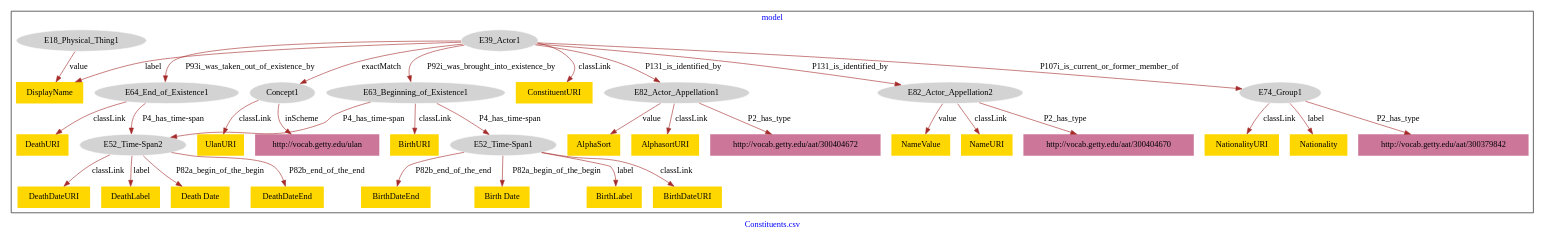
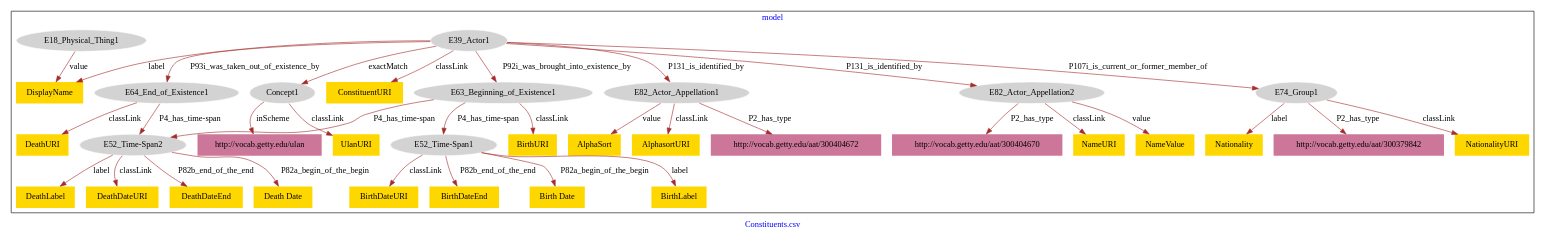
Before and after one commit to american-art/GM: the diagram in Constituents_institutions/Constituents_institutions-model.dot, drawn with Graphviz.

Commit message:
Update file Constituents_institutions-model.dot

```diff
--- a/Constituents_institutions/Constituents_institutions-model.dot
+++ b/Constituents_institutions/Constituents_institutions-model.dot
@@ -1,74 +1,74 @@
 digraph n0 {
 fontcolor="blue"
 remincross="true"
 label="Constituents.csv"
 subgraph cluster {
 label="model"
-n2[style="filled",color="white",fillcolor="lightgray",label="E82_Actor_Appellation1"];
-n3[shape="plaintext",style="filled",fillcolor="#CC7799",label="http://vocab.getty.edu/aat/300404672"];
-n4[style="filled",color="white",fillcolor="lightgray",label="E39_Actor1"];
-n5[style="filled",color="white",fillcolor="lightgray",label="E64_End_of_Existence1"];
-n6[style="filled",color="white",fillcolor="lightgray",label="E52_Time-Span1"];
-n7[shape="plaintext",style="filled",fillcolor="gold",label="BirthDateEnd"];
-n8[shape="plaintext",style="filled",fillcolor="gold",label="Birth Date"];
-n9[style="filled",color="white",fillcolor="lightgray",label="E52_Time-Span2"];
-n10[shape="plaintext",style="filled",fillcolor="gold",label="DeathDateURI"];
-n11[style="filled",color="white",fillcolor="lightgray",label="E82_Actor_Appellation2"];
-n12[shape="plaintext",style="filled",fillcolor="gold",label="DeathURI"];
-n13[shape="plaintext",style="filled",fillcolor="gold",label="DeathLabel"];
-n14[style="filled",color="white",fillcolor="lightgray",label="E74_Group1"];
-n15[shape="plaintext",style="filled",fillcolor="#CC7799",label="http://vocab.getty.edu/aat/300379842"];
-n16[shape="plaintext",style="filled",fillcolor="gold",label="NationalityURI"];
-n17[shape="plaintext",style="filled",fillcolor="gold",label="AlphaSort"];
-n18[shape="plaintext",style="filled",fillcolor="gold",label="Nationality"];
-n19[shape="plaintext",style="filled",fillcolor="gold",label="BirthLabel"];
+n2[style="filled",color="white",fillcolor="lightgray",label="E63_Beginning_of_Existence1"];
+n3[shape="plaintext",style="filled",fillcolor="gold",label="BirthURI"];
+n4[style="filled",color="white",fillcolor="lightgray",label="E82_Actor_Appellation1"];
+n5[shape="plaintext",style="filled",fillcolor="#CC7799",label="http://vocab.getty.edu/aat/300404672"];
+n6[style="filled",color="white",fillcolor="lightgray",label="E39_Actor1"];
+n7[style="filled",color="white",fillcolor="lightgray",label="E64_End_of_Existence1"];
+n8[style="filled",color="white",fillcolor="lightgray",label="E82_Actor_Appellation2"];
+n9[shape="plaintext",style="filled",fillcolor="gold",label="NameValue"];
+n10[shape="plaintext",style="filled",fillcolor="gold",label="AlphaSort"];
+n11[style="filled",color="white",fillcolor="lightgray",label="E74_Group1"];
+n12[shape="plaintext",style="filled",fillcolor="gold",label="NationalityURI"];
+n13[style="filled",color="white",fillcolor="lightgray",label="E52_Time-Span2"];
+n14[shape="plaintext",style="filled",fillcolor="gold",label="DeathLabel"];
+n15[shape="plaintext",style="filled",fillcolor="gold",label="Nationality"];
+n16[shape="plaintext",style="filled",fillcolor="#CC7799",label="http://vocab.getty.edu/aat/300379842"];
+n17[style="filled",color="white",fillcolor="lightgray",label="E18_Physical_Thing1"];
+n18[shape="plaintext",style="filled",fillcolor="gold",label="DisplayName"];
+n19[shape="plaintext",style="filled",fillcolor="gold",label="DeathDateURI"];
 n20[style="filled",color="white",fillcolor="lightgray",label="Concept1"];
-n21[style="filled",color="white",fillcolor="lightgray",label="E63_Beginning_of_Existence1"];
-n22[shape="plaintext",style="filled",fillcolor="gold",label="DisplayName"];
+n21[style="filled",color="white",fillcolor="lightgray",label="E52_Time-Span1"];
+n22[shape="plaintext",style="filled",fillcolor="gold",label="BirthDateURI"];
 n23[shape="plaintext",style="filled",fillcolor="#CC7799",label="http://vocab.getty.edu/aat/300404670"];
-n24[shape="plaintext",style="filled",fillcolor="gold",label="Death Date"];
-n25[shape="plaintext",style="filled",fillcolor="gold",label="BirthDateURI"];
-n26[shape="plaintext",style="filled",fillcolor="gold",label="BirthURI"];
-n27[shape="plaintext",style="filled",fillcolor="gold",label="NameValue"];
-n28[style="filled",color="white",fillcolor="lightgray",label="E18_Physical_Thing1"];
-n29[shape="plaintext",style="filled",fillcolor="gold",label="ConstituentURI"];
-n30[shape="plaintext",style="filled",fillcolor="gold",label="AlphasortURI"];
-n31[shape="plaintext",style="filled",fillcolor="gold",label="UlanURI"];
-n32[shape="plaintext",style="filled",fillcolor="gold",label="DeathDateEnd"];
-n33[shape="plaintext",style="filled",fillcolor="#CC7799",label="http://vocab.getty.edu/ulan"];
-n34[shape="plaintext",style="filled",fillcolor="gold",label="NameURI"];
+n24[shape="plaintext",style="filled",fillcolor="gold",label="ConstituentURI"];
+n25[shape="plaintext",style="filled",fillcolor="gold",label="DeathDateEnd"];
+n26[shape="plaintext",style="filled",fillcolor="gold",label="DeathURI"];
+n27[shape="plaintext",style="filled",fillcolor="gold",label="NameURI"];
+n28[shape="plaintext",style="filled",fillcolor="gold",label="BirthDateEnd"];
+n29[shape="plaintext",style="filled",fillcolor="gold",label="AlphasortURI"];
+n30[shape="plaintext",style="filled",fillcolor="gold",label="Birth Date"];
+n31[shape="plaintext",style="filled",fillcolor="gold",label="BirthLabel"];
+n32[shape="plaintext",style="filled",fillcolor="#CC7799",label="http://vocab.getty.edu/ulan"];
+n33[shape="plaintext",style="filled",fillcolor="gold",label="Death Date"];
+n34[shape="plaintext",style="filled",fillcolor="gold",label="UlanURI"];
 }
-n2 -> n3[color="brown",fontcolor="black",label="P2_has_type"]
-n4 -> n5[color="brown",fontcolor="black",label="P93i_was_taken_out_of_existence_by"]
-n6 -> n7[color="brown",fontcolor="black",label="P82b_end_of_the_end"]
-n6 -> n8[color="brown",fontcolor="black",label="P82a_begin_of_the_begin"]
-n9 -> n10[color="brown",fontcolor="black",label="classLink"]
-n4 -> n11[color="brown",fontcolor="black",label="P131_is_identified_by"]
-n4 -> n2[color="brown",fontcolor="black",label="P131_is_identified_by"]
-n5 -> n12[color="brown",fontcolor="black",label="classLink"]
-n9 -> n13[color="brown",fontcolor="black",label="label"]
-n14 -> n15[color="brown",fontcolor="black",label="P2_has_type"]
-n14 -> n16[color="brown",fontcolor="black",label="classLink"]
-n2 -> n17[color="brown",fontcolor="black",label="value"]
-n14 -> n18[color="brown",fontcolor="black",label="label"]
-n6 -> n19[color="brown",fontcolor="black",label="label"]
-n4 -> n20[color="brown",fontcolor="black",label="exactMatch"]
-n21 -> n6[color="brown",fontcolor="black",label="P4_has_time-span"]
-n4 -> n22[color="brown",fontcolor="black",label="label"]
-n11 -> n23[color="brown",fontcolor="black",label="P2_has_type"]
-n21 -> n9[color="brown",fontcolor="black",label="P4_has_time-span"]
-n9 -> n24[color="brown",fontcolor="black",label="P82a_begin_of_the_begin"]
-n6 -> n25[color="brown",fontcolor="black",label="classLink"]
-n21 -> n26[color="brown",fontcolor="black",label="classLink"]
-n11 -> n27[color="brown",fontcolor="black",label="value"]
-n4 -> n21[color="brown",fontcolor="black",label="P92i_was_brought_into_existence_by"]
-n28 -> n22[color="brown",fontcolor="black",label="value"]
+n2 -> n3[color="brown",fontcolor="black",label="classLink"]
+n4 -> n5[color="brown",fontcolor="black",label="P2_has_type"]
+n6 -> n7[color="brown",fontcolor="black",label="P93i_was_taken_out_of_existence_by"]
+n8 -> n9[color="brown",fontcolor="black",label="value"]
+n6 -> n8[color="brown",fontcolor="black",label="P131_is_identified_by"]
+n4 -> n10[color="brown",fontcolor="black",label="value"]
+n11 -> n12[color="brown",fontcolor="black",label="classLink"]
+n6 -> n4[color="brown",fontcolor="black",label="P131_is_identified_by"]
+n13 -> n14[color="brown",fontcolor="black",label="label"]
+n11 -> n15[color="brown",fontcolor="black",label="label"]
+n11 -> n16[color="brown",fontcolor="black",label="P2_has_type"]
+n17 -> n18[color="brown",fontcolor="black",label="value"]
+n13 -> n19[color="brown",fontcolor="black",label="classLink"]
+n6 -> n20[color="brown",fontcolor="black",label="exactMatch"]
+n2 -> n21[color="brown",fontcolor="black",label="P4_has_time-span"]
+n21 -> n22[color="brown",fontcolor="black",label="classLink"]
+n8 -> n23[color="brown",fontcolor="black",label="P2_has_type"]
+n2 -> n13[color="brown",fontcolor="black",label="P4_has_time-span"]
+n6 -> n24[color="brown",fontcolor="black",label="classLink"]
+n13 -> n25[color="brown",fontcolor="black",label="P82b_end_of_the_end"]
+n7 -> n26[color="brown",fontcolor="black",label="classLink"]
+n8 -> n27[color="brown",fontcolor="black",label="classLink"]
+n21 -> n28[color="brown",fontcolor="black",label="P82b_end_of_the_end"]
 n4 -> n29[color="brown",fontcolor="black",label="classLink"]
-n2 -> n30[color="brown",fontcolor="black",label="classLink"]
-n20 -> n31[color="brown",fontcolor="black",label="classLink"]
-n9 -> n32[color="brown",fontcolor="black",label="P82b_end_of_the_end"]
-n4 -> n14[color="brown",fontcolor="black",label="P107i_is_current_or_former_member_of"]
-n20 -> n33[color="brown",fontcolor="black",label="inScheme"]
-n5 -> n9[color="brown",fontcolor="black",label="P4_has_time-span"]
-n11 -> n34[color="brown",fontcolor="black",label="classLink"]
+n6 -> n2[color="brown",fontcolor="black",label="P92i_was_brought_into_existence_by"]
+n21 -> n30[color="brown",fontcolor="black",label="P82a_begin_of_the_begin"]
+n21 -> n31[color="brown",fontcolor="black",label="label"]
+n6 -> n11[color="brown",fontcolor="black",label="P107i_is_current_or_former_member_of"]
+n20 -> n32[color="brown",fontcolor="black",label="inScheme"]
+n6 -> n18[color="brown",fontcolor="black",label="label"]
+n7 -> n13[color="brown",fontcolor="black",label="P4_has_time-span"]
+n13 -> n33[color="brown",fontcolor="black",label="P82a_begin_of_the_begin"]
+n20 -> n34[color="brown",fontcolor="black",label="classLink"]
 }
```
